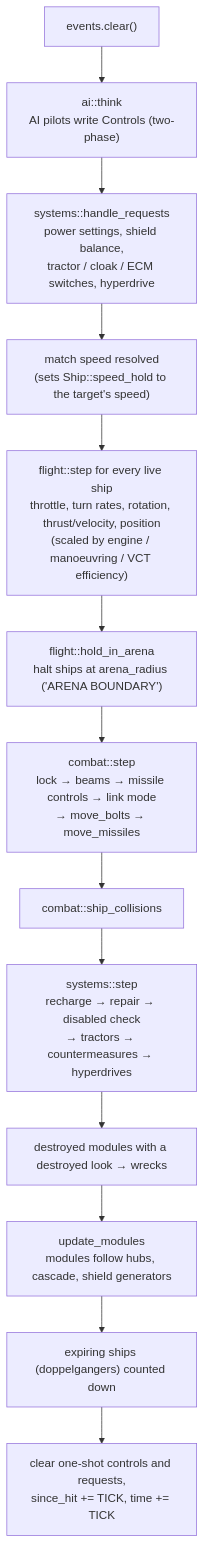
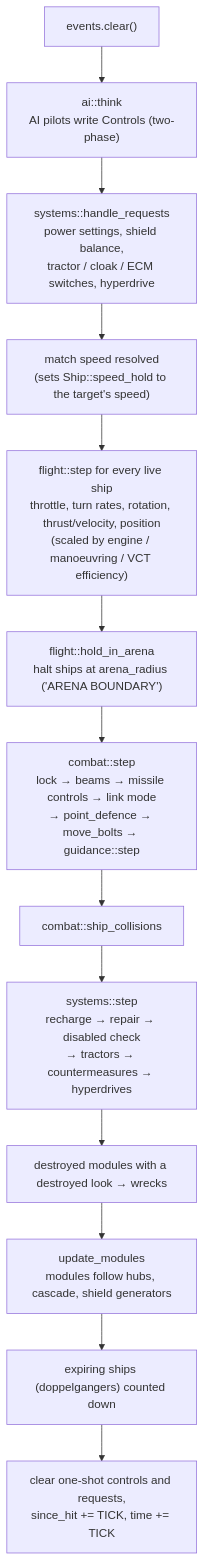
The first of 5 diagrams in docs/architecture/sim.md (bbogovich/OpenInterceptor), drawn with Mermaid before and after one commit. The commit also changed other lines of this file and 34 other files, not shown here.

Commit message:
Site 0.8.0: point defence, probes, AI systems use, text keys; logistics design (planned)

````diff
--- a/docs/architecture/sim.md
+++ b/docs/architecture/sim.md
@@ -13,15 +13,15 @@
 ```mermaid
 flowchart TD
     A["events.clear()"] --> B["ai::think<br/>AI pilots write Controls (two-phase)"]
     B --> B2["systems::handle_requests<br/>power settings, shield balance,<br/>tractor / cloak / ECM switches, hyperdrive"]
     B2 --> C["match speed resolved<br/>(sets Ship::speed_hold to the target's speed)"]
     C --> D["flight::step for every live ship<br/>throttle, turn rates, rotation, thrust/velocity, position<br/>(scaled by engine / manoeuvring / VCT efficiency)"]
     D --> D2["flight::hold_in_arena<br/>halt ships at arena_radius ('ARENA BOUNDARY')"]
-    D2 --> E["combat::step<br/>lock → beams → missile controls → link mode<br/>→ move_bolts → move_missiles"]
+    D2 --> E["combat::step<br/>lock → beams → missile controls → link mode<br/>→ point_defence → move_bolts → guidance::step"]
     E --> F["combat::ship_collisions"]
     F --> S["systems::step<br/>recharge → repair → disabled check<br/>→ tractors → countermeasures → hyperdrives"]
     S --> WR["destroyed modules with a destroyed look → wrecks"]
     WR --> MO["update_modules<br/>modules follow hubs, cascade, shield generators"]
     MO --> EX["expiring ships (doppelgangers) counted down"]
     EX --> G["clear one-shot controls and requests,<br/>since_hit += TICK, time += TICK"]
 ```
````
